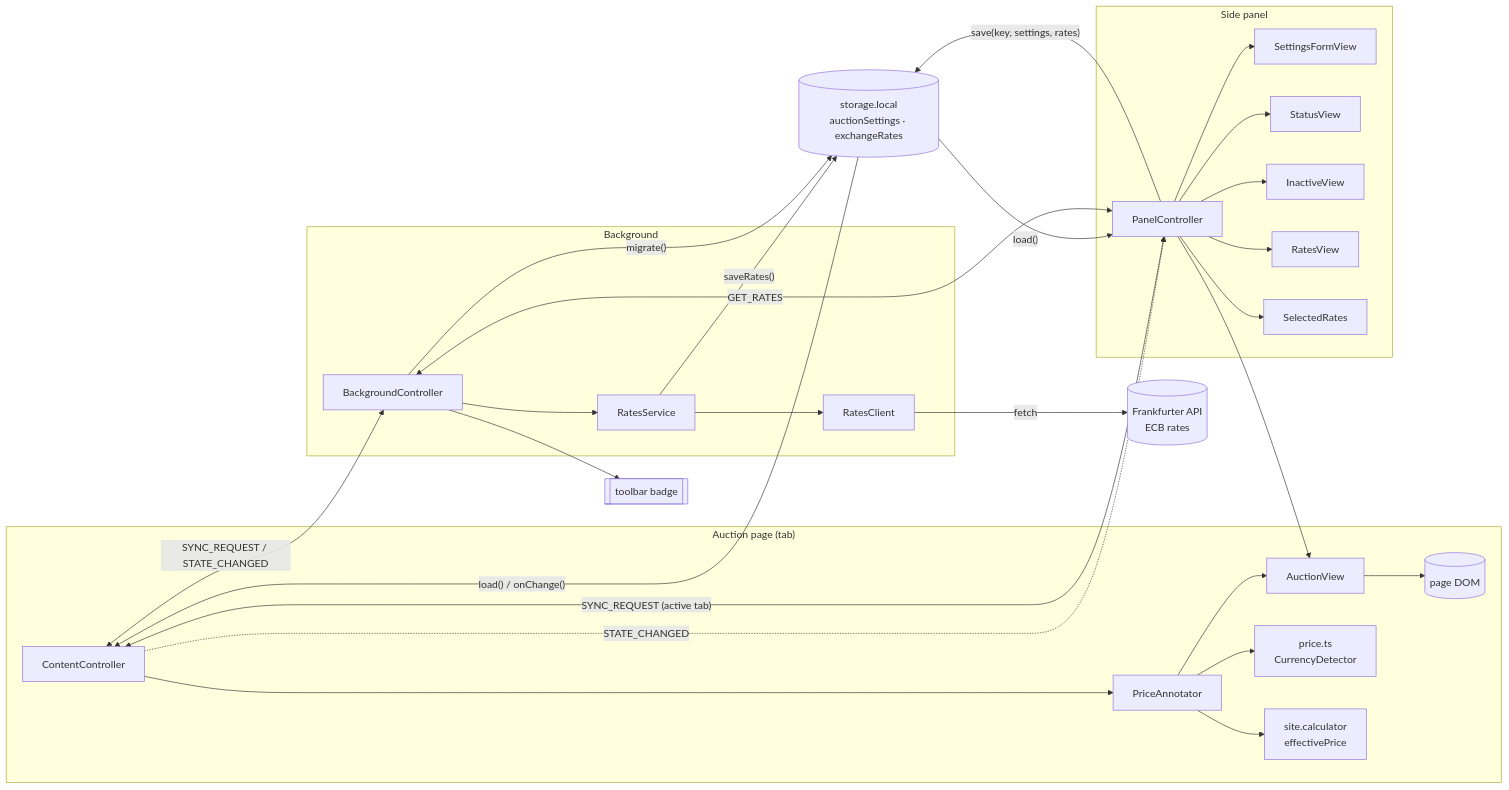
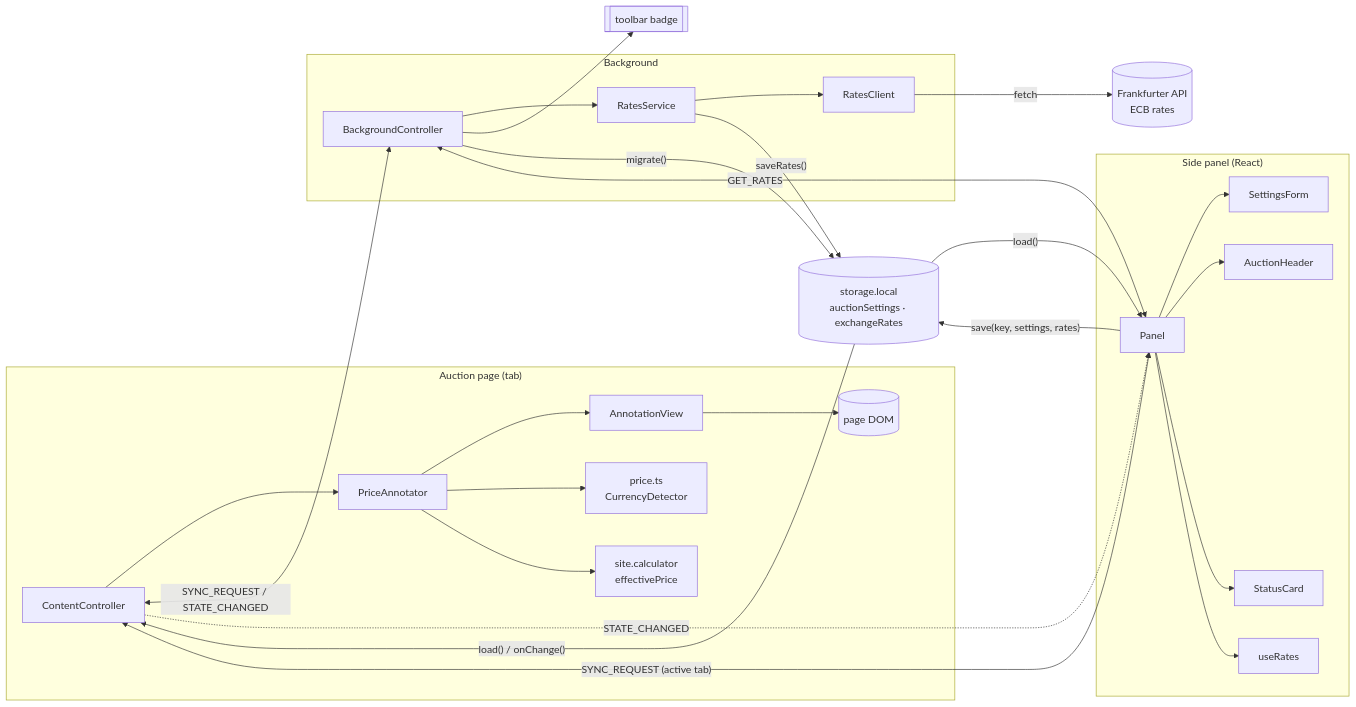
Before and after one commit to radyak/minerva-browserplugin: the second of 8 diagrams in docs/architecture.md, drawn with Mermaid. The commit also changed other lines of this file and 27 other files, not shown here.

First line of the commit message:
feat: [by AI] Render the side panel with React

````diff
--- a/docs/architecture.md
+++ b/docs/architecture.md
@@ -58,46 +58,44 @@
 ```mermaid
 flowchart LR
   subgraph page["Auction page (tab)"]
     DOM[("page DOM")]
     CC["ContentController"]
     PA["PriceAnnotator"]
     AV["AnnotationView"]
     CC --> PA --> AV --> DOM
     PA --> PRICE["price.ts<br/>CurrencyDetector"]
     PA --> CALC["site.calculator<br/>effectivePrice"]
   end
 
   subgraph bg["Background"]
     BC["BackgroundController"]
     RS["RatesService"]
     RC["RatesClient"]
     BC --> RS --> RC
   end
 
-  subgraph panel["Side panel"]
-    PC["PanelController"]
-    SFV["SettingsFormView"]
-    SV["StatusView"]
-    AV["AuctionView"]
-    IV["InactiveView"]
-    RV["RatesView"]
-    SR["SelectedRates"]
-    PC --> SFV & SV & AV & IV & RV & SR
+  subgraph panel["Side panel (React)"]
+    PC["Panel"]
+    SF["SettingsForm"]
+    AH["AuctionHeader"]
+    SC["StatusCard"]
+    UR["useRates"]
+    PC --> SF & AH & SC & UR
   end
 
   STORE[("storage.local<br/>auctionSettings · exchangeRates")]
   API[("Frankfurter API<br/>ECB rates")]
   BADGE[["toolbar badge"]]
 
   RC -->|fetch| API
   BC --> BADGE
   CC <-->|"SYNC_REQUEST / STATE_CHANGED"| BC
   PC <-->|"SYNC_REQUEST (active tab)"| CC
   CC -.->|STATE_CHANGED| PC
   PC <-->|GET_RATES| BC
   PC -->|"save(key, settings, rates)"| STORE
   RS -->|"saveRates()"| STORE
   STORE -->|"load() / onChange()"| CC
   STORE -->|"load()"| PC
   BC -->|"migrate()"| STORE
 ```
````
